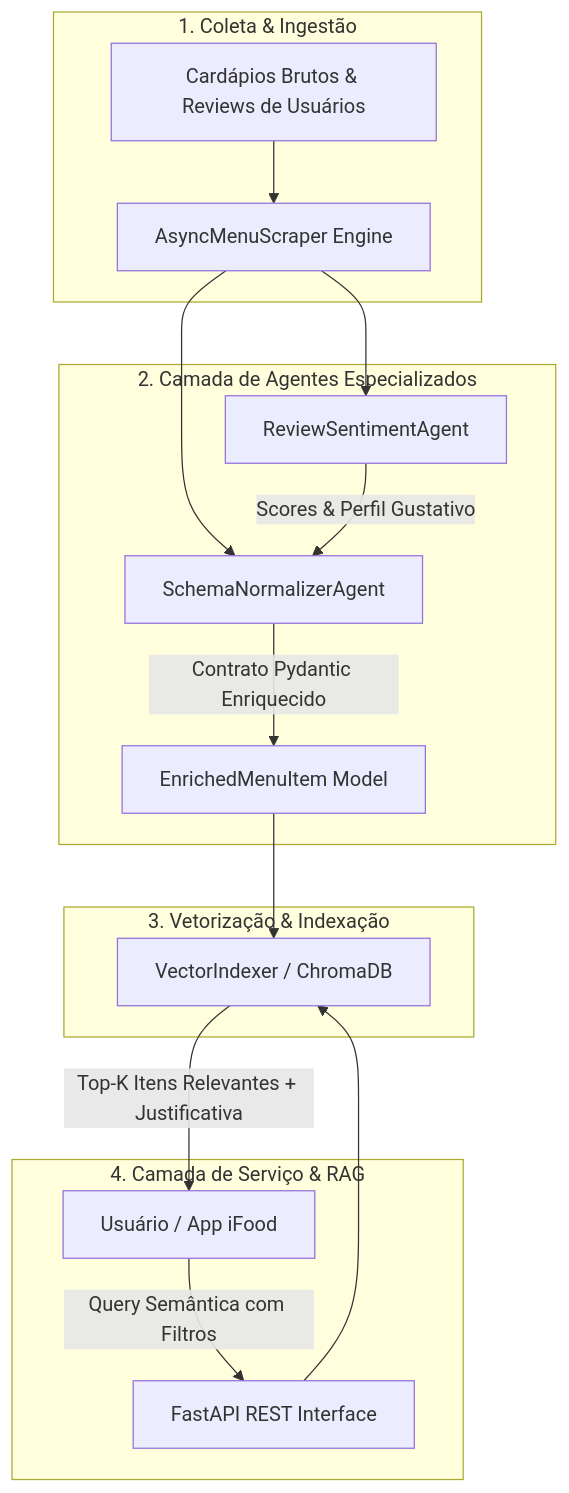
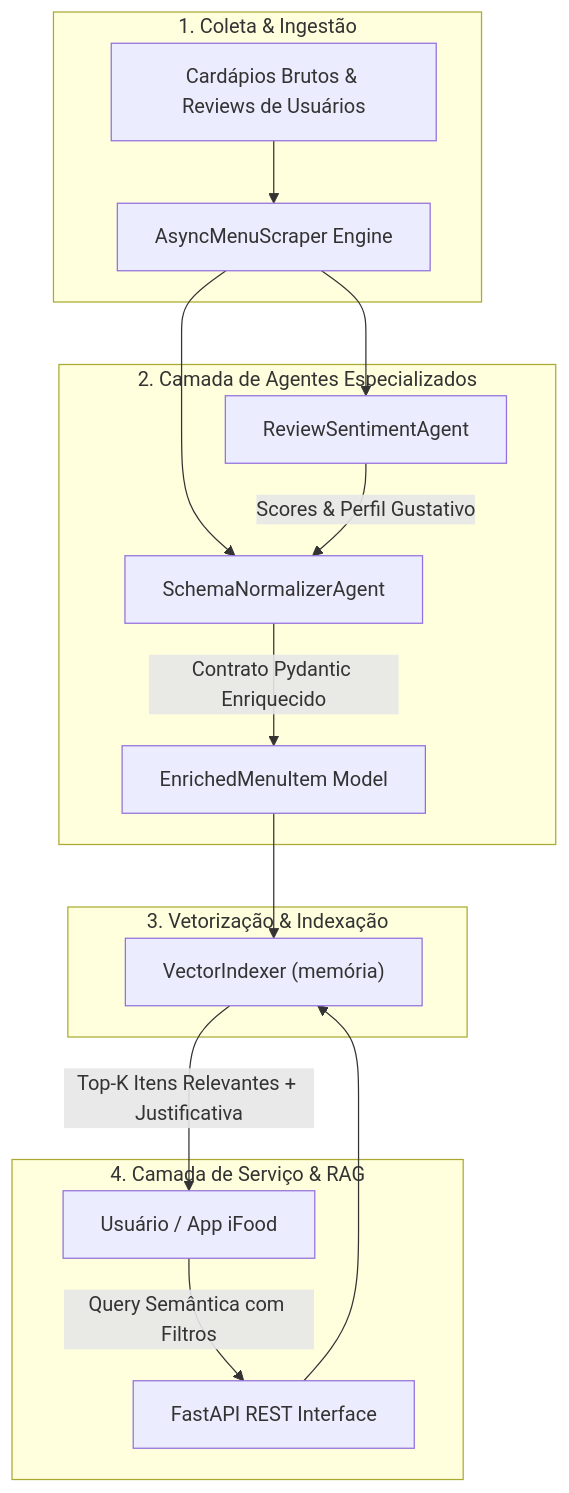
The diagram in README.md (lucasocp/ifood-smart-ingestion-agent), drawn with Mermaid before and after one commit. The commit also changed other lines of this file and 18 other files, not shown here.

````diff
--- a/README.md
+++ b/README.md
@@ -26,23 +28,23 @@
 ```mermaid
 flowchart TD
     subgraph Ingestion ["1. Coleta & Ingestão"]
         A["Cardápios Brutos & Reviews de Usuários"] --> B["AsyncMenuScraper Engine"]
     end
 
     subgraph Agents ["2. Camada de Agentes Especializados"]
         B --> C["ReviewSentimentAgent"]
         B --> D["SchemaNormalizerAgent"]
         C -->|"Scores & Perfil Gustativo"| D
         D -->|"Contrato Pydantic Enriquecido"| E["EnrichedMenuItem Model"]
     end
 
     subgraph Storage ["3. Vetorização & Indexação"]
-        E --> F["VectorIndexer / ChromaDB"]
+        E --> F["VectorIndexer (memória)"]
     end
 
     subgraph API ["4. Camada de Serviço & RAG"]
         G["Usuário / App iFood"] -->|"Query Semântica com Filtros"| H["FastAPI REST Interface"]
         H --> F
         F -->|"Top-K Itens Relevantes + Justificativa"| G
     end
 ```
````
